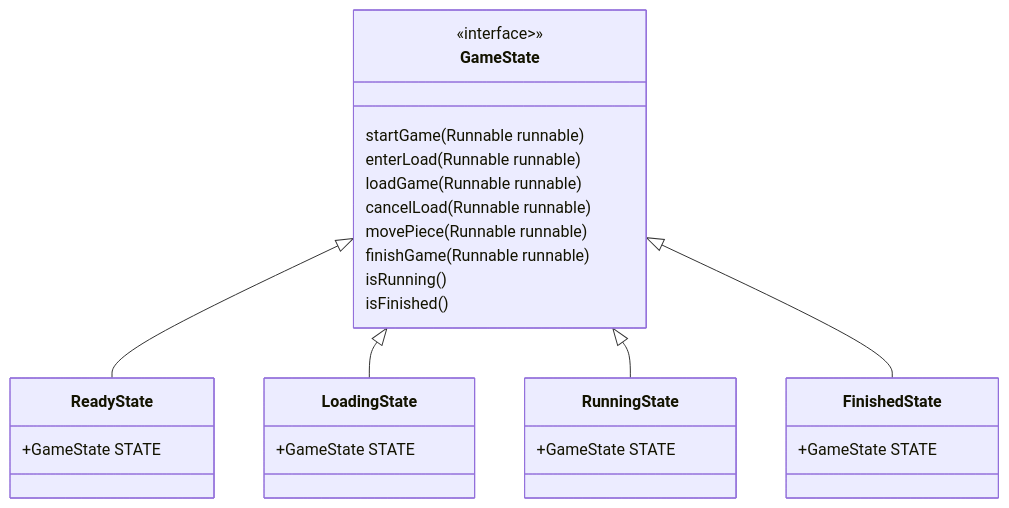
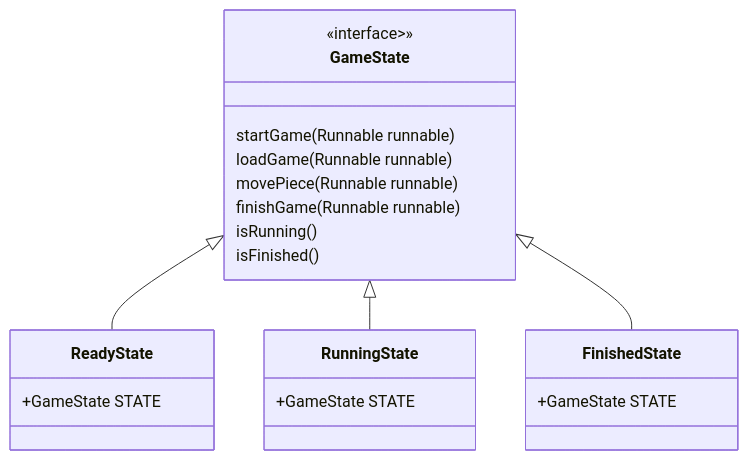
The seventh of 7 diagrams in docs/README.md (woowacourse/java-chess), drawn with Mermaid before and after one commit. The commit also changed other lines of this file, not shown here.

````diff
--- a/docs/README.md
+++ b/docs/README.md
@@ -438,35 +430,29 @@
 ```mermaid
 classDiagram
 
 class GameState{
   <<interface>>>
   startGame(Runnable runnable)
-  enterLoad(Runnable runnable)
   loadGame(Runnable runnable)
-  cancelLoad(Runnable runnable)
   movePiece(Runnable runnable)
   finishGame(Runnable runnable)
   isRunning()
   isFinished()
 }
 class ReadyState{
-   +GameState STATE
-}
-class LoadingState{
    +GameState STATE
 }
 class RunningState{
    +GameState STATE
 }
 class FinishedState{
    +GameState STATE
 }
 
 
 GameState<|--ReadyState
-GameState<|--LoadingState
 GameState<|--RunningState
 GameState<|--FinishedState
 
 
 ```
````
